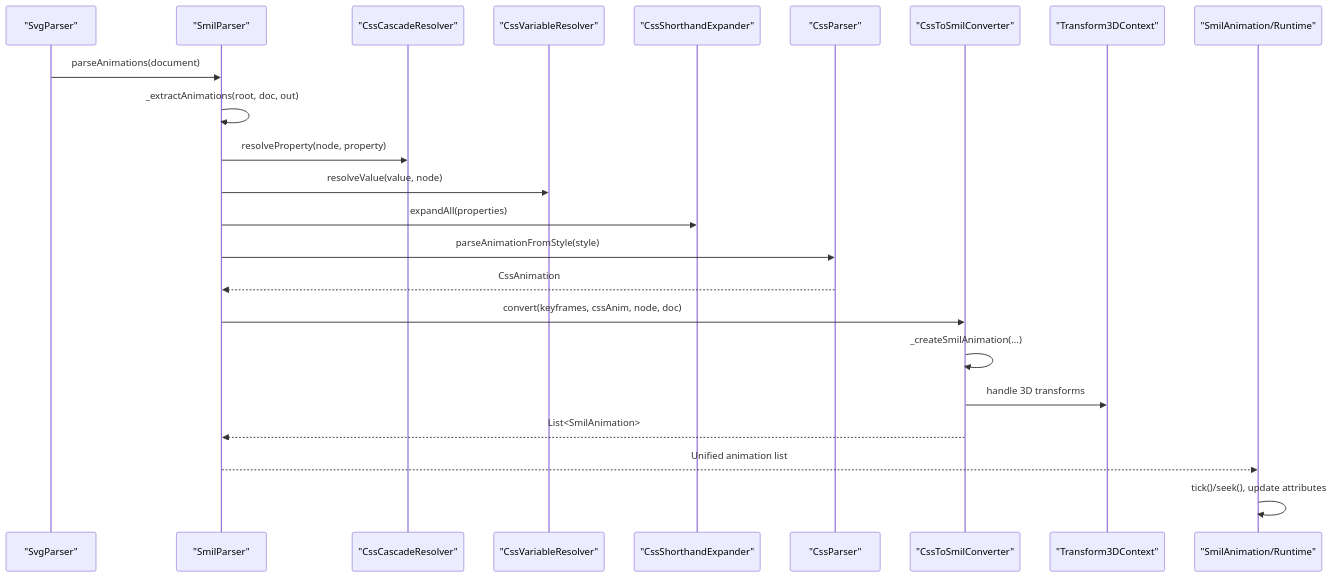
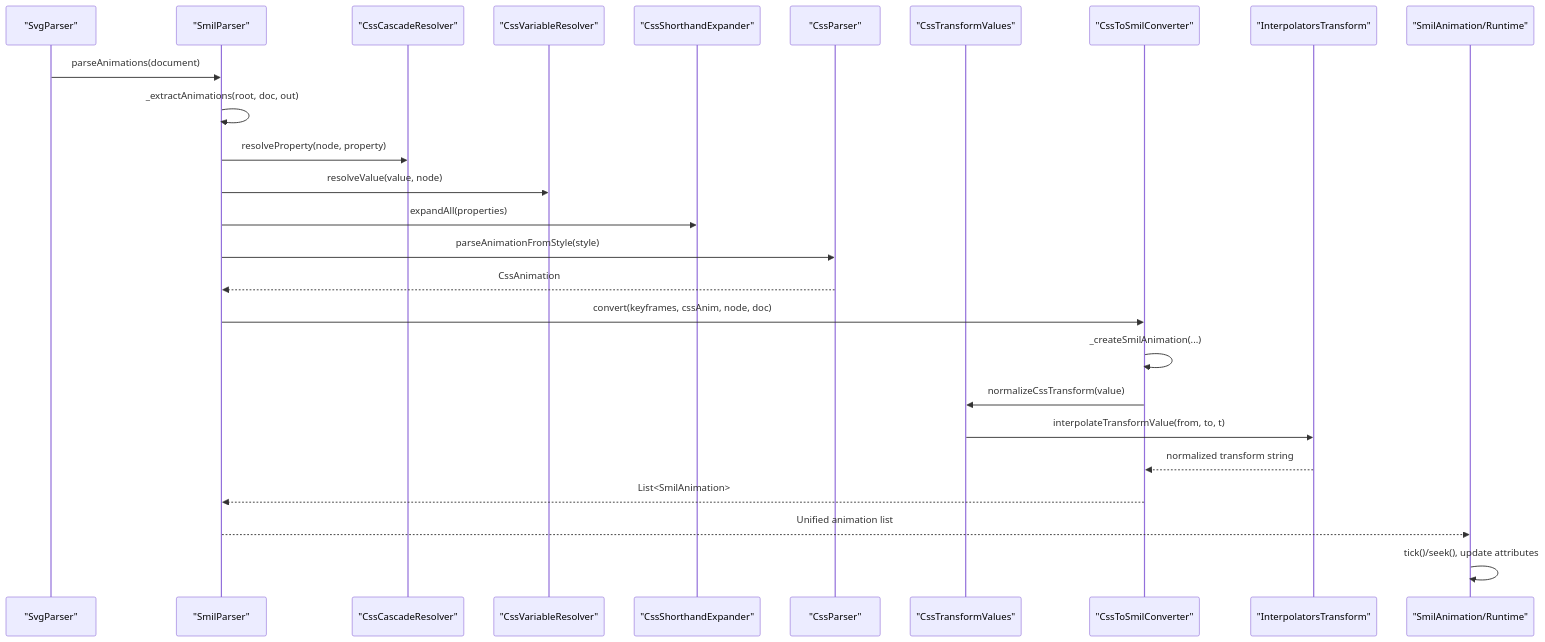
One commit to denisnadey/flutter_full_svg_support changed the second of 8 diagrams in .qoder/repowiki/en/content/Animated SVG Support/CSS Animation Conversion.md. Above: the diagram before and after it, drawn with Mermaid. The commit also changed other lines of this file and 40 other files, not shown here.

````diff
--- a/.qoder/repowiki/en/content/Animated SVG Support/CSS Animation Conversion.md
+++ b/.qoder/repowiki/en/content/Animated SVG Support/CSS Animation Conversion.md
@@ -132,25 +150,28 @@
 ```mermaid
 sequenceDiagram
 participant P as "SvgParser"
 participant SP as "SmilParser"
 participant CS as "CssCascadeResolver"
 participant CV as "CssVariableResolver"
 participant CE as "CssShorthandExpander"
 participant CP as "CssParser"
+participant CTV as "CssTransformValues"
 participant CTS as "CssToSmilConverter"
-participant T3D as "Transform3DContext"
+participant IT as "InterpolatorsTransform"
 participant RT as "SmilAnimation/Runtime"
 P->>SP : parseAnimations(document)
 SP->>SP : _extractAnimations(root, doc, out)
 SP->>CS : resolveProperty(node, property)
 SP->>CV : resolveValue(value, node)
 SP->>CE : expandAll(properties)
 SP->>CP : parseAnimationFromStyle(style)
 CP-->>SP : CssAnimation
 SP->>CTS : convert(keyframes, cssAnim, node, doc)
 CTS->>CTS : _createSmilAnimation(...)
-CTS->>T3D : handle 3D transforms
+CTS->>CTV : normalizeCssTransform(value)
+CTV->>IT : interpolateTransformValue(from, to, t)
+IT-->>CTS : normalized transform string
 CTS-->>SP : List<SmilAnimation>
 SP-->>RT : Unified animation list
 RT->>RT : tick()/seek(), update attributes
 ```
````
